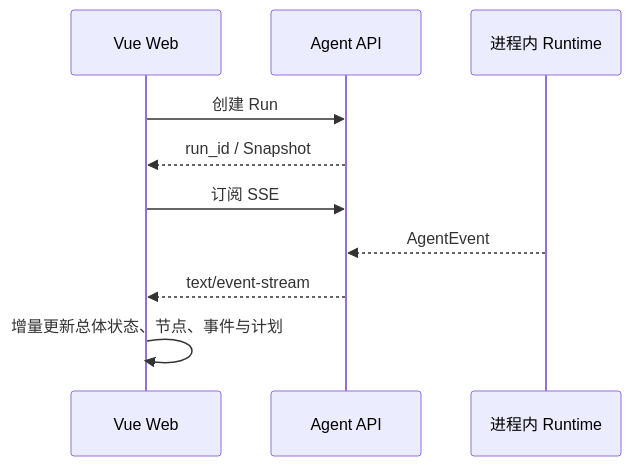
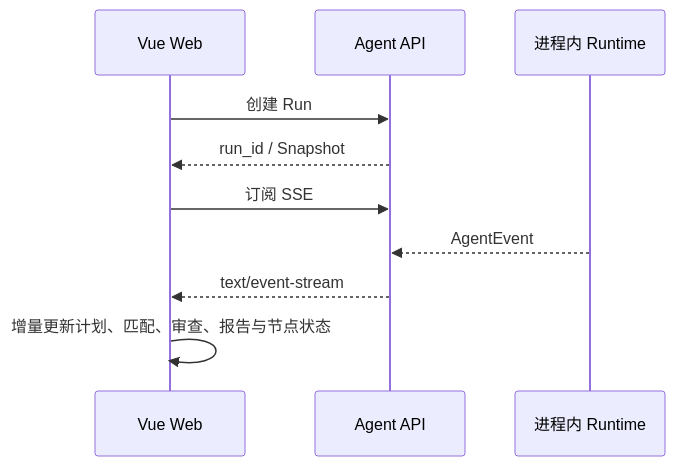
The fourth of 4 diagrams in docs/架构设计.md (shmzl1/workspace-core), drawn with Mermaid before and after one commit. The commit also changed other lines of this file and 28 other files, not shown here.

````diff
--- a/docs/架构设计.md
+++ b/docs/架构设计.md
@@ -89,12 +91,12 @@
 ```mermaid
 sequenceDiagram
     participant Web as Vue Web
     participant API as Agent API
     participant Runtime as 进程内 Runtime
     Web->>API: 创建 Run
     API-->>Web: run_id / Snapshot
     Web->>API: 订阅 SSE
     Runtime-->>API: AgentEvent
     API-->>Web: text/event-stream
-    Web->>Web: 增量更新总体状态、节点、事件与计划
+    Web->>Web: 增量更新计划、匹配、审查、报告与节点状态
 ```
````
